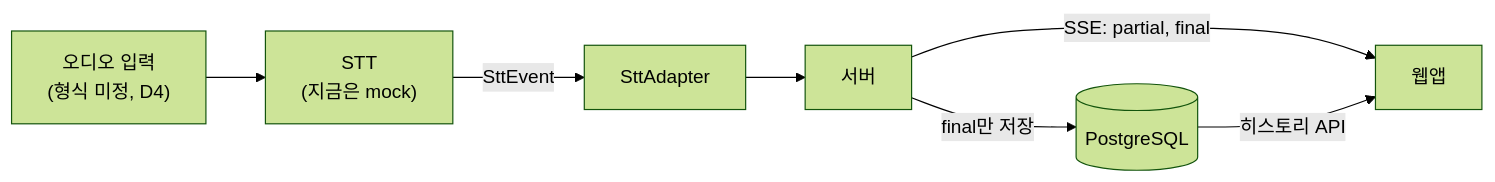
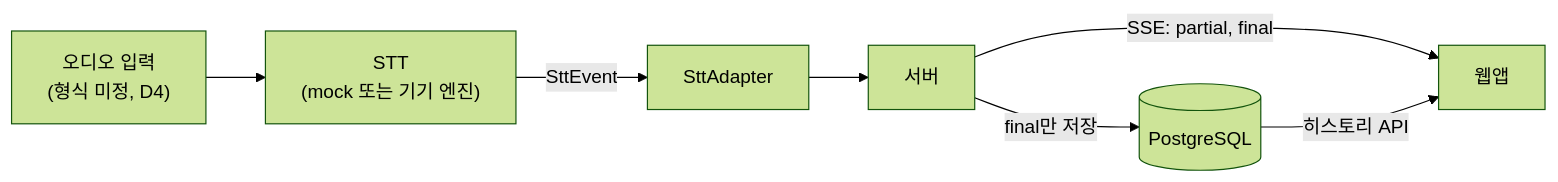
One commit to khu-cse-capstone-26h2-transcriber/web-app changed the diagram in docs/project-overview.md. Above: the diagram before and after it, drawn with Mermaid (forest theme). The commit also changed other lines of this file and 3 other files, not shown here.

````diff
--- a/docs/project-overview.md
+++ b/docs/project-overview.md
@@ -31,9 +31,9 @@
 ```mermaid
 flowchart LR
-  audio["오디오 입력<br/>(형식 미정, D4)"] --> stt["STT<br/>(지금은 mock)"]
+  audio["오디오 입력<br/>(형식 미정, D4)"] --> stt["STT<br/>(mock 또는 기기 엔진)"]
   stt -->|SttEvent| adapter["SttAdapter"]
   adapter --> server["서버"]
   server -->|"SSE: partial, final"| web["웹앱"]
   server -->|"final만 저장"| db[("PostgreSQL")]
   db -->|"히스토리 API"| web
 ```
````
